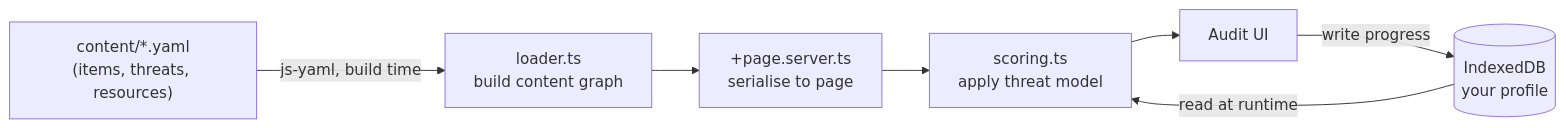
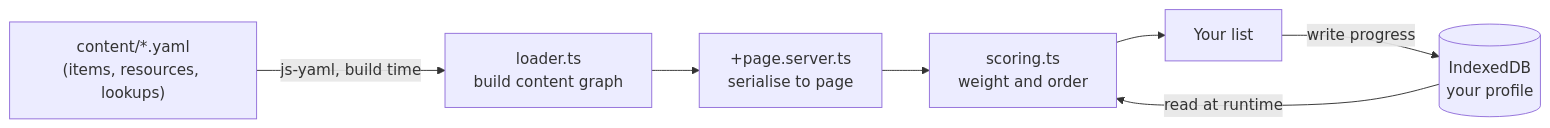
The diagram in README.md (KashishOO7/spectra), drawn with Mermaid before and after one commit. The commit also changed other lines of this file and 1 other file, not shown here.

Commit message:
Rewrite README and SCORING for the three-job engine

````diff
--- a/README.md
+++ b/README.md
@@ -21,13 +48,13 @@
 ```mermaid
 flowchart LR
-    Y["content/*.yaml<br/>(items, threats, resources)"]
+    Y["content/*.yaml<br/>(items, resources, lookups)"]
     L["loader.ts<br/>build content graph"]
     S["+page.server.ts<br/>serialise to page"]
-    E["scoring.ts<br/>apply threat model"]
+    E["scoring.ts<br/>weight and order"]
     DB[("IndexedDB<br/>your profile")]
-    UI["Audit UI"]
+    UI["Your list"]
 
     Y -->|"js-yaml, build time"| L --> S --> E --> UI
     DB -->|"read at runtime"| E
     UI -->|"write progress"| DB
 ```
````
